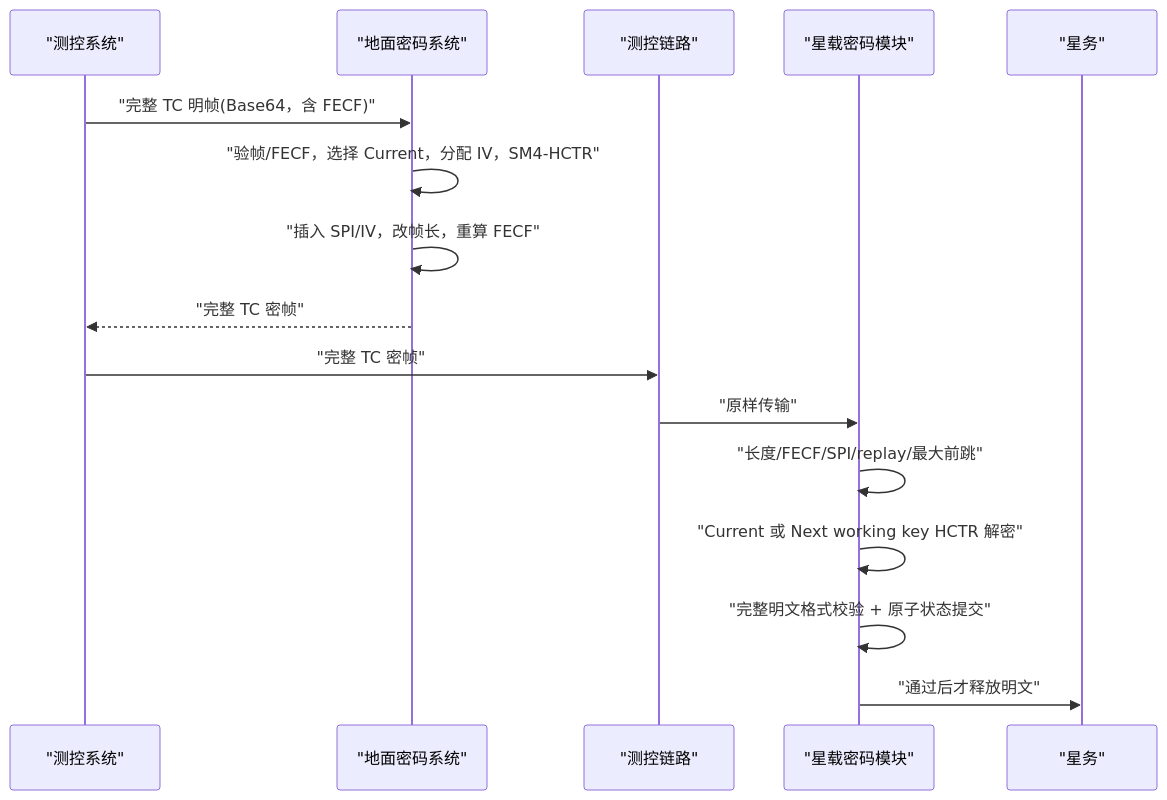
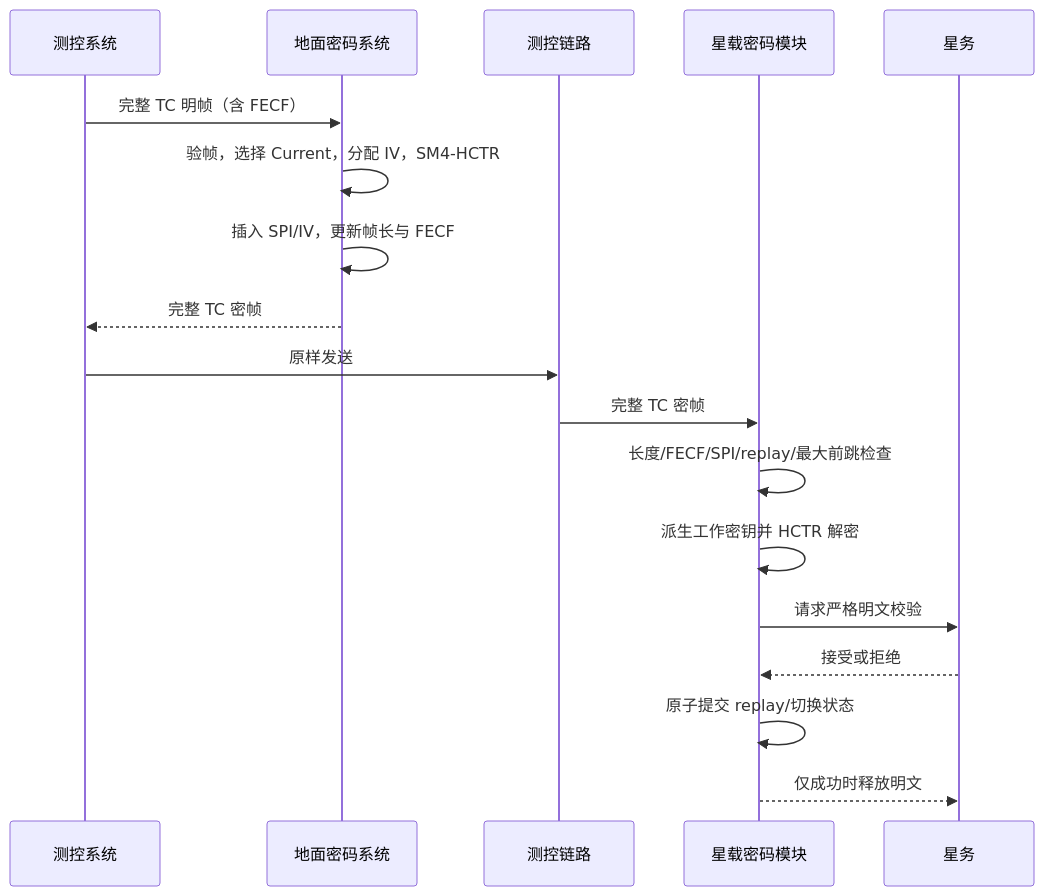
The third of 3 diagrams in baseline/docs/TC_GROUND_FLIGHT_ARCHITECTURE.md (HangzeGao/key-vault), drawn with Mermaid before and after one commit. The commit also changed other lines of this file and 93 other files, not shown here.

````diff
--- a/baseline/docs/TC_GROUND_FLIGHT_ARCHITECTURE.md
+++ b/baseline/docs/TC_GROUND_FLIGHT_ARCHITECTURE.md
@@ -64,19 +40,20 @@
 ```mermaid
 sequenceDiagram
-    participant C as "测控系统"
-    participant G as "地面密码系统"
-    participant L as "测控链路"
-    participant F as "星载密码模块"
-    participant S as "星务"
-
-    C->>G: "完整 TC 明帧(Base64，含 FECF)"
-    G->>G: "验帧/FECF，选择 Current，分配 IV，SM4-HCTR"
-    G->>G: "插入 SPI/IV，改帧长，重算 FECF"
-    G-->>C: "完整 TC 密帧"
-    C->>L: "完整 TC 密帧"
-    L->>F: "原样传输"
-    F->>F: "长度/FECF/SPI/replay/最大前跳"
-    F->>F: "Current 或 Next working key HCTR 解密"
-    F->>F: "完整明文格式校验 + 原子状态提交"
-    F->>S: "通过后才释放明文"
+  participant C as 测控系统
+  participant G as 地面密码系统
+  participant L as 测控链路
+  participant F as 星载密码模块
+  participant S as 星务
+  C->>G: 完整 TC 明帧（含 FECF）
+  G->>G: 验帧，选择 Current，分配 IV，SM4-HCTR
+  G->>G: 插入 SPI/IV，更新帧长与 FECF
+  G-->>C: 完整 TC 密帧
+  C->>L: 原样发送
+  L->>F: 完整 TC 密帧
+  F->>F: 长度/FECF/SPI/replay/最大前跳检查
+  F->>F: 派生工作密钥并 HCTR 解密
+  F->>S: 请求严格明文校验
+  S-->>F: 接受或拒绝
+  F->>F: 原子提交 replay/切换状态
+  F-->>S: 仅成功时释放明文
 ```
````
